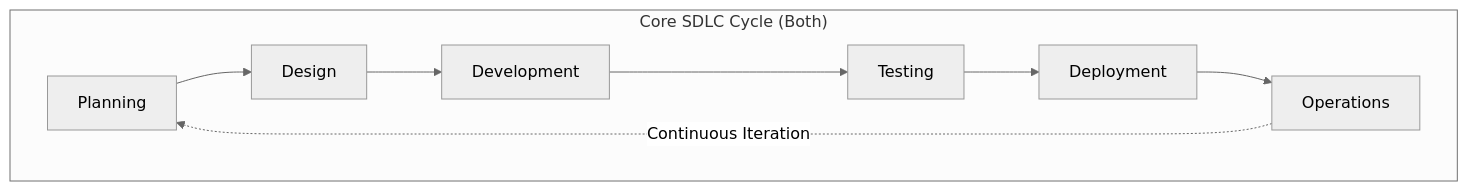
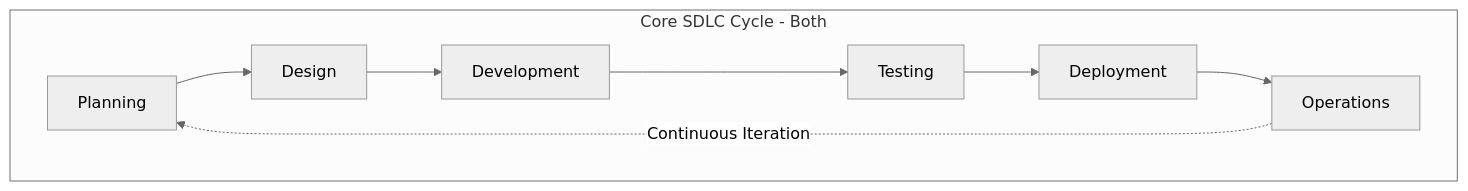
One commit to Ingeniator/ai-agent-sdlc-docs changed the first of 4 diagrams in README.md. Above: the diagram before and after it, drawn with Mermaid (neutral theme). The commit also changed other lines of this file and 4 other files, not shown here.

````diff
--- a/README.md
+++ b/README.md
@@ -20,7 +20,7 @@
 ```mermaid
 flowchart TB
-    subgraph cycle["Core SDLC Cycle (Both)"]
+    subgraph cycle["Core SDLC Cycle - Both"]
         Planning --> Design --> Development --> Testing --> Deployment --> Operations
         Operations -.->|Continuous Iteration| Planning
     end
 ```
````
